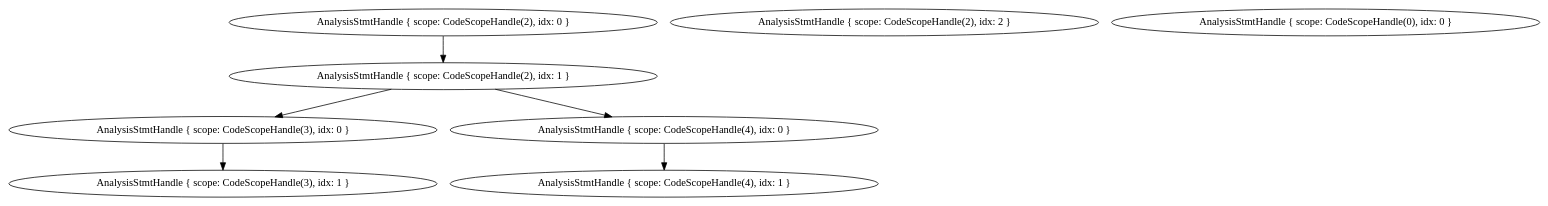
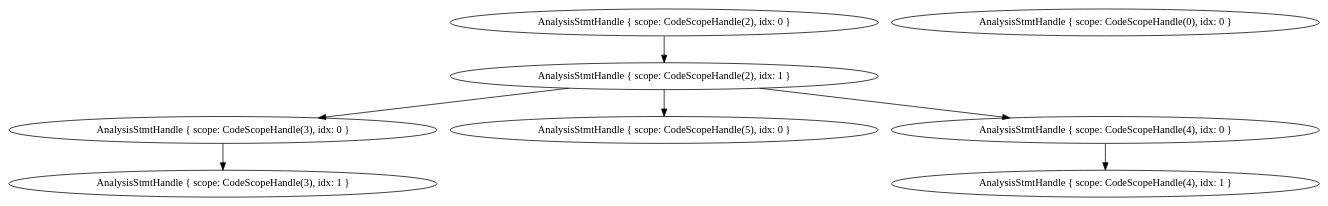
The diagram in blub/main.dot (Almale02/blublang), drawn with Graphviz before and after one commit. The commit also changed 8 other files, not shown here.

```diff
--- a/blub/main.dot
+++ b/blub/main.dot
@@ -1,15 +1,16 @@
 digraph {
     0 [ label = "AnalysisStmtHandle { scope: CodeScopeHandle(2), idx: 0 }" ]
     1 [ label = "AnalysisStmtHandle { scope: CodeScopeHandle(2), idx: 1 }" ]
     2 [ label = "AnalysisStmtHandle { scope: CodeScopeHandle(3), idx: 0 }" ]
     3 [ label = "AnalysisStmtHandle { scope: CodeScopeHandle(3), idx: 1 }" ]
-    4 [ label = "AnalysisStmtHandle { scope: CodeScopeHandle(4), idx: 0 }" ]
-    5 [ label = "AnalysisStmtHandle { scope: CodeScopeHandle(4), idx: 1 }" ]
-    6 [ label = "AnalysisStmtHandle { scope: CodeScopeHandle(2), idx: 2 }" ]
+    4 [ label = "AnalysisStmtHandle { scope: CodeScopeHandle(5), idx: 0 }" ]
+    5 [ label = "AnalysisStmtHandle { scope: CodeScopeHandle(4), idx: 0 }" ]
+    6 [ label = "AnalysisStmtHandle { scope: CodeScopeHandle(4), idx: 1 }" ]
     7 [ label = "AnalysisStmtHandle { scope: CodeScopeHandle(0), idx: 0 }" ]
     1 -> 2 [ ]
     2 -> 3 [ ]
     0 -> 1 [ ]
     1 -> 4 [ ]
-    4 -> 5 [ ]
+    1 -> 5 [ ]
+    5 -> 6 [ ]
 }
```
